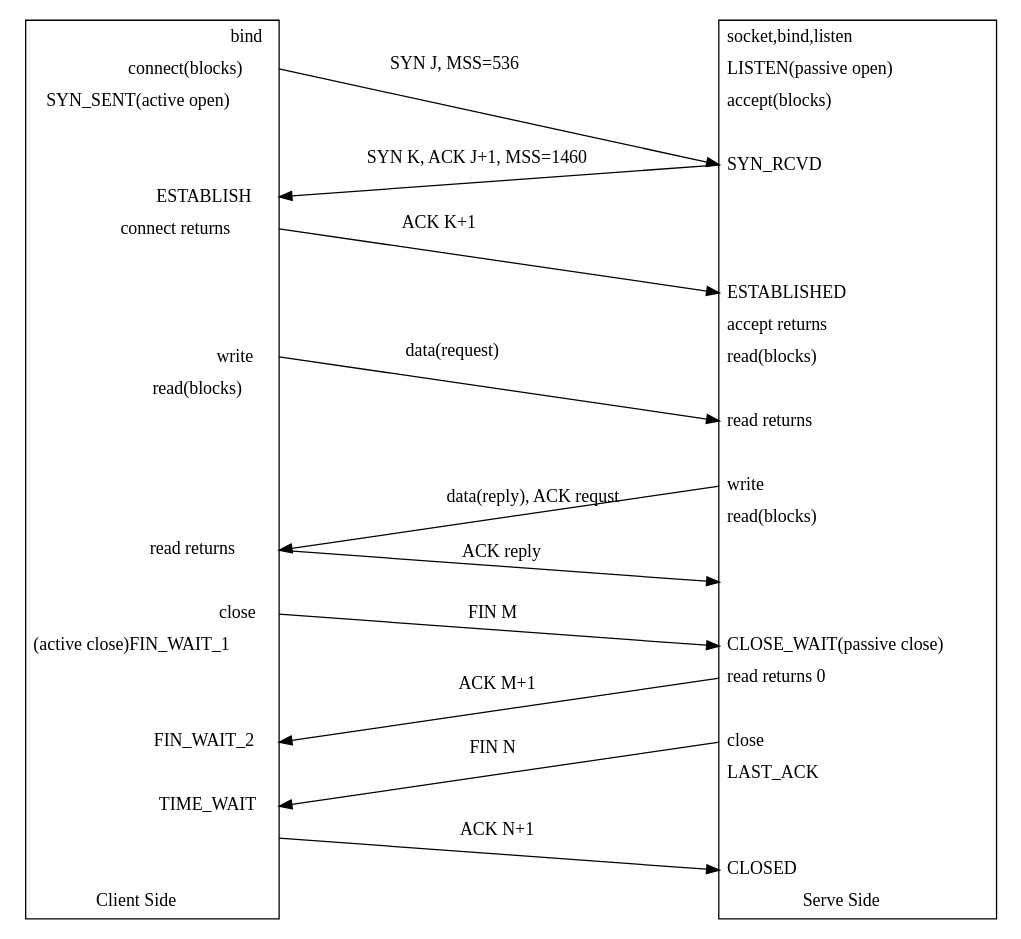
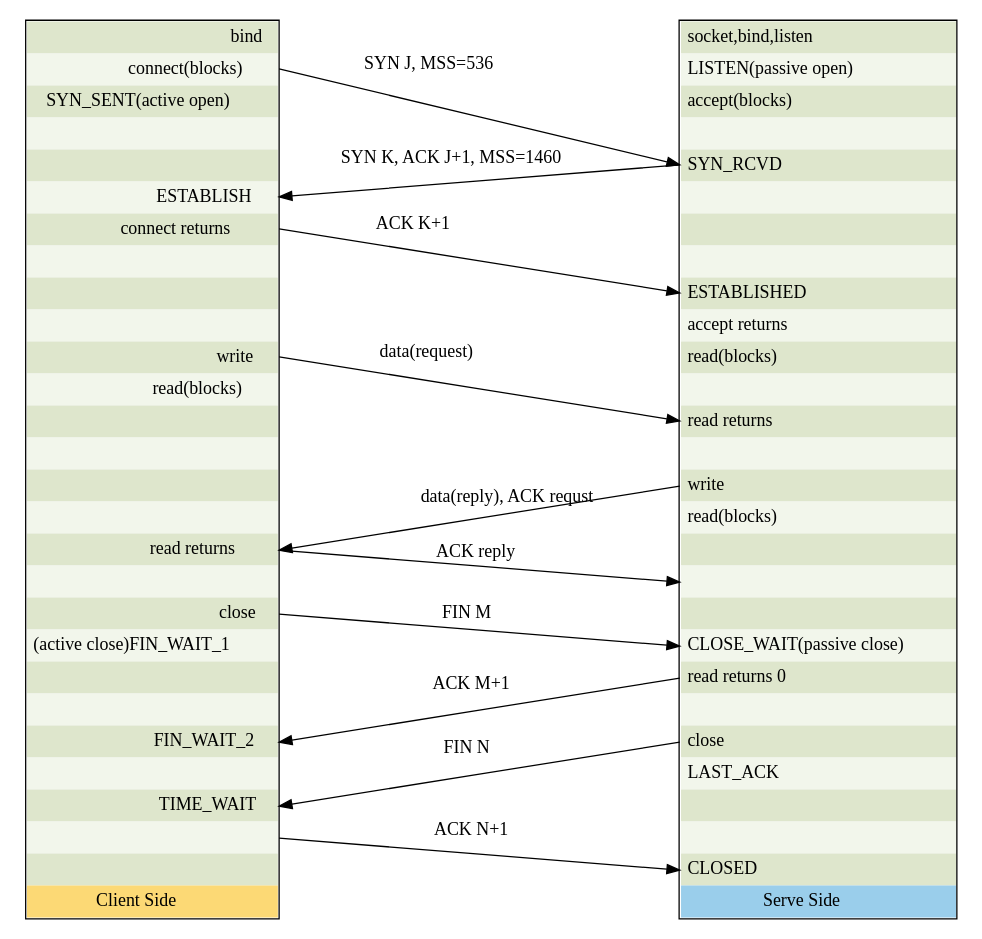
One commit to harrifeng/dot_summary changed the diagram in unp/tcp_3_4_way.dot. Above: the diagram before and after it, drawn with Graphviz.

Commit message:
finsih 3 4 way

```diff
--- a/unp/tcp_3_4_way.dot
+++ b/unp/tcp_3_4_way.dot
@@ -1,83 +1,83 @@
 digraph structs {
     splines=false;
     node[shape="plaintext"];
 
     struct_c[label=<
              <table border="1" cellborder="0" cellspacing="0" cellpadding="5" >
-             <tr><td port="f0000" bgcolor="#FFFFFF" align="right">bind</td></tr>
-             <tr><td port="f0001" bgcolor="#FFFFFF" align="right">connect(blocks)</td></tr>
-             <tr><td port="f0000" bgcolor="#FFFFFF" align="right">SYN_SENT(active open) </td></tr>
-             <tr><td port="f0000" bgcolor="#FFFFFF" align="right"> </td></tr>
-             <tr><td port="f0000" bgcolor="#FFFFFF" align="right"> </td></tr>
-             <tr><td port="f0002" bgcolor="#FFFFFF" align="right"> ESTABLISH</td></tr>
-             <tr><td port="f0003" bgcolor="#FFFFFF" align="right"> connect returns</td></tr>
-             <tr><td port="f0000" bgcolor="#FFFFFF" align="right"> </td></tr>
-             <tr><td port="f0000" bgcolor="#FFFFFF" align="right"> </td></tr>
-             <tr><td port="f0000" bgcolor="#FFFFFF" align="right"> </td></tr>
-             <tr><td port="f0004" bgcolor="#FFFFFF" align="right"> write</td></tr>
-             <tr><td port="f0000" bgcolor="#FFFFFF" align="right"> read(blocks)</td></tr>
-             <tr><td port="f0000" bgcolor="#FFFFFF" align="right"> </td></tr>
-             <tr><td port="f0000" bgcolor="#FFFFFF" align="right"> </td></tr>
-             <tr><td port="f0000" bgcolor="#FFFFFF" align="right"> </td></tr>
-             <tr><td port="f0000" bgcolor="#FFFFFF" align="right"> </td></tr>
-             <tr><td port="f0005" bgcolor="#FFFFFF" align="right"> read returns</td></tr>
-             <tr><td port="f0000" bgcolor="#FFFFFF" align="right"> </td></tr>
-             <tr><td port="f0006" bgcolor="#FFFFFF" align="right"> close</td></tr>
-             <tr><td port="f0000" bgcolor="#FFFFFF" align="right"> (active close)FIN_WAIT_1</td></tr>
-             <tr><td port="f0000" bgcolor="#FFFFFF" align="right"> </td></tr>             
-             <tr><td port="f0000" bgcolor="#FFFFFF" align="right"> </td></tr>             
-             <tr><td port="f0007" bgcolor="#FFFFFF" align="right"> FIN_WAIT_2</td></tr>
-             <tr><td port="f0000" bgcolor="#FFFFFF" align="right"> </td></tr>
-             <tr><td port="f0008" bgcolor="#FFFFFF" align="right"> TIME_WAIT</td></tr>
-             <tr><td port="f0009" bgcolor="#FFFFFF" align="right"> </td></tr>             
-             <tr><td port="f0000" bgcolor="#FFFFFF" align="right"> </td></tr>
-             <tr><td port="f0000" bgcolor="#FFFFFF" > Client Side </td></tr>
+             <tr><td port="f0000" bgcolor="#DEE6CC" align="right">bind</td></tr>
+             <tr><td port="f0001" bgcolor="#F2F6EB" align="right">connect(blocks)</td></tr>
+             <tr><td port="f0000" bgcolor="#DEE6CC" align="right">SYN_SENT(active open) </td></tr>
+             <tr><td port="f0000" bgcolor="#F2F6EB" align="right"> </td></tr>
+             <tr><td port="f0000" bgcolor="#DEE6CC" align="right"> </td></tr>
+             <tr><td port="f0002" bgcolor="#F2F6EB" align="right"> ESTABLISH</td></tr>
+             <tr><td port="f0003" bgcolor="#DEE6CC" align="right"> connect returns</td></tr>
+             <tr><td port="f0000" bgcolor="#F2F6EB" align="right"> </td></tr>
+             <tr><td port="f0000" bgcolor="#DEE6CC" align="right"> </td></tr>
+             <tr><td port="f0000" bgcolor="#F2F6EB" align="right"> </td></tr>
+             <tr><td port="f0004" bgcolor="#DEE6CC" align="right"> write</td></tr>
+             <tr><td port="f0000" bgcolor="#F2F6EB" align="right"> read(blocks)</td></tr>
+             <tr><td port="f0000" bgcolor="#DEE6CC" align="right"> </td></tr>
+             <tr><td port="f0000" bgcolor="#F2F6EB" align="right"> </td></tr>
+             <tr><td port="f0000" bgcolor="#DEE6CC" align="right"> </td></tr>
+             <tr><td port="f0000" bgcolor="#F2F6EB" align="right"> </td></tr>
+             <tr><td port="f0005" bgcolor="#DEE6CC" align="right"> read returns</td></tr>
+             <tr><td port="f0000" bgcolor="#F2F6EB" align="right"> </td></tr>
+             <tr><td port="f0006" bgcolor="#DEE6CC" align="right"> close</td></tr>
+             <tr><td port="f0000" bgcolor="#F2F6EB" align="right"> (active close)FIN_WAIT_1</td></tr>
+             <tr><td port="f0000" bgcolor="#DEE6CC" align="right"> </td></tr>             
+             <tr><td port="f0000" bgcolor="#F2F6EB" align="right"> </td></tr>             
+             <tr><td port="f0007" bgcolor="#DEE6CC" align="right"> FIN_WAIT_2</td></tr>
+             <tr><td port="f0000" bgcolor="#F2F6EB" align="right"> </td></tr>
+             <tr><td port="f0008" bgcolor="#DEE6CC" align="right"> TIME_WAIT</td></tr>
+             <tr><td port="f0009" bgcolor="#F2F6EB" align="right"> </td></tr>             
+             <tr><td port="f0000" bgcolor="#DEE6CC" align="right"> </td></tr>
+             <tr><td port="f0000" bgcolor="#FCD975" > Client Side </td></tr>
              </table>
              >];
 
      struct_s[label=<
              <table border="1" cellborder="0" cellspacing="0" cellpadding="5" >
-             <tr><td port="f0000" bgcolor="#FFFFFF" align="left">socket,bind,listen</td></tr>
-             <tr><td port="f0000" bgcolor="#FFFFFF" align="left">LISTEN(passive open)</td></tr>
-             <tr><td port="f0000" bgcolor="#FFFFFF" align="left">accept(blocks)</td></tr>
-             <tr><td port="f0000" bgcolor="#FFFFFF" align="left"> </td></tr>
-             <tr><td port="f0001" bgcolor="#FFFFFF" align="left">SYN_RCVD </td></tr>
-             <tr><td port="f0000" bgcolor="#FFFFFF" align="left"> </td></tr>
-             <tr><td port="f0000" bgcolor="#FFFFFF" align="left"> </td></tr>
-             <tr><td port="f0000" bgcolor="#FFFFFF" align="left"> </td></tr>             
-             <tr><td port="f0002" bgcolor="#FFFFFF" align="left">ESTABLISHED</td></tr>             
-             <tr><td port="f0000" bgcolor="#FFFFFF" align="left">accept returns</td></tr>
-             <tr><td port="f0000" bgcolor="#FFFFFF" align="left">read(blocks)</td></tr>
-             <tr><td port="f0000" bgcolor="#FFFFFF" align="left"> </td></tr>
-             <tr><td port="f0003" bgcolor="#FFFFFF" align="left"> read returns</td></tr>
-             <tr><td port="f0000" bgcolor="#FFFFFF" align="left"> </td></tr>
-             <tr><td port="f0004" bgcolor="#FFFFFF" align="left"> write</td></tr>
-             <tr><td port="f0000" bgcolor="#FFFFFF" align="left"> read(blocks)</td></tr>
-             <tr><td port="f0000" bgcolor="#FFFFFF" align="left"> </td></tr>
-             <tr><td port="f0005" bgcolor="#FFFFFF" align="left"> </td></tr>
-             <tr><td port="f0000" bgcolor="#FFFFFF" align="left"> </td></tr>
-             <tr><td port="f0006" bgcolor="#FFFFFF" align="left"> CLOSE_WAIT(passive close)</td></tr>
-             <tr><td port="f0007" bgcolor="#FFFFFF" align="left"> read returns 0</td></tr>
-             <tr><td port="f0000" bgcolor="#FFFFFF" align="left"> </td></tr>
-             <tr><td port="f0008" bgcolor="#FFFFFF" align="left"> close</td></tr>
-             <tr><td port="f0000" bgcolor="#FFFFFF" align="left"> LAST_ACK</td></tr>             
-             <tr><td port="f0000" bgcolor="#FFFFFF" align="left"> </td></tr>
-             <tr><td port="f0000" bgcolor="#FFFFFF" align="left"> </td></tr>
-             <tr><td port="f0009" bgcolor="#FFFFFF" align="left"> CLOSED</td></tr>
-             <tr><td port="f0000" bgcolor="#FFFFFF" > Serve Side </td></tr>
+             <tr><td port="f0000" bgcolor="#DEE6CC" align="left">socket,bind,listen</td></tr>
+             <tr><td port="f0000" bgcolor="#F2F6EB" align="left">LISTEN(passive open)</td></tr>
+             <tr><td port="f0000" bgcolor="#DEE6CC" align="left">accept(blocks)</td></tr>
+             <tr><td port="f0000" bgcolor="#F2F6EB" align="left"> </td></tr>
+             <tr><td port="f0001" bgcolor="#DEE6CC" align="left">SYN_RCVD </td></tr>
+             <tr><td port="f0000" bgcolor="#F2F6EB" align="left"> </td></tr>
+             <tr><td port="f0000" bgcolor="#DEE6CC" align="left"> </td></tr>
+             <tr><td port="f0000" bgcolor="#F2F6EB" align="left"> </td></tr>             
+             <tr><td port="f0002" bgcolor="#DEE6CC" align="left">ESTABLISHED</td></tr>             
+             <tr><td port="f0000" bgcolor="#F2F6EB" align="left">accept returns</td></tr>
+             <tr><td port="f0000" bgcolor="#DEE6CC" align="left">read(blocks)</td></tr>
+             <tr><td port="f0000" bgcolor="#F2F6EB" align="left"> </td></tr>
+             <tr><td port="f0003" bgcolor="#DEE6CC" align="left"> read returns</td></tr>
+             <tr><td port="f0000" bgcolor="#F2F6EB" align="left"> </td></tr>
+             <tr><td port="f0004" bgcolor="#DEE6CC" align="left"> write</td></tr>
+             <tr><td port="f0000" bgcolor="#F2F6EB" align="left"> read(blocks)</td></tr>
+             <tr><td port="f0000" bgcolor="#DEE6CC" align="left"> </td></tr>
+             <tr><td port="f0005" bgcolor="#F2F6EB" align="left"> </td></tr>
+             <tr><td port="f0000" bgcolor="#DEE6CC" align="left"> </td></tr>
+             <tr><td port="f0006" bgcolor="#F2F6EB" align="left"> CLOSE_WAIT(passive close)</td></tr>
+             <tr><td port="f0007" bgcolor="#DEE6CC" align="left"> read returns 0</td></tr>
+             <tr><td port="f0000" bgcolor="#F2F6EB" align="left"> </td></tr>
+             <tr><td port="f0008" bgcolor="#DEE6CC" align="left"> close</td></tr>
+             <tr><td port="f0000" bgcolor="#F2F6EB" align="left"> LAST_ACK</td></tr>             
+             <tr><td port="f0000" bgcolor="#DEE6CC" align="left"> </td></tr>
+             <tr><td port="f0000" bgcolor="#F2F6EB" align="left"> </td></tr>
+             <tr><td port="f0009" bgcolor="#DEE6CC" align="left"> CLOSED</td></tr>
+             <tr><td port="f0000" bgcolor="#9ACEEB" > Serve Side </td></tr>
              </table>
              >];
-    struct_c:f0001 -> struct_s:f0001[label="       SYN J, MSS=536                          "];
-    struct_s:f0001 -> struct_c:f0002[label="       SYN K, ACK J+1, MSS=1460                "];
-    struct_c:f0003 -> struct_s:f0002[label="       ACK K+1                                 "];
-    struct_c:f0004 -> struct_s:f0003[label="       data(request)                           "];
-    struct_s:f0004 -> struct_c:f0005[label="                    data(reply), ACK requst    "];
-    struct_c:f0005 -> struct_s:f0005[label="                    ACK reply                  "];
-    struct_c:f0006 -> struct_s:f0006[label="                    FIN M                      "];
-    struct_s:f0007 -> struct_c:f0007[label="                    ACK M+1                    "];
-    struct_s:f0008 -> struct_c:f0008[label="                    FIN N                      "];
-    struct_c:f0009 -> struct_s:f0009[label="                    ACK N+1                    "];                            
+    struct_c:f0001 -> struct_s:f0001[label="  SYN J, MSS=536                        "];
+    struct_s:f0001 -> struct_c:f0002[label="  SYN K, ACK J+1, MSS=1460              "];
+    struct_c:f0003 -> struct_s:f0002[label="  ACK K+1                               "];
+    struct_c:f0004 -> struct_s:f0003[label="  data(request)                         "];
+    struct_s:f0004 -> struct_c:f0005[label="               data(reply), ACK requst  "];
+    struct_c:f0005 -> struct_s:f0005[label="               ACK reply                "];
+    struct_c:f0006 -> struct_s:f0006[label="               FIN M                    "];
+    struct_s:f0007 -> struct_c:f0007[label="               ACK M+1                  "];
+    struct_s:f0008 -> struct_c:f0008[label="               FIN N                    "];
+    struct_c:f0009 -> struct_s:f0009[label="               ACK N+1                  "];                            
     
              
     {rank=same struct_c struct_s}
 }
```
